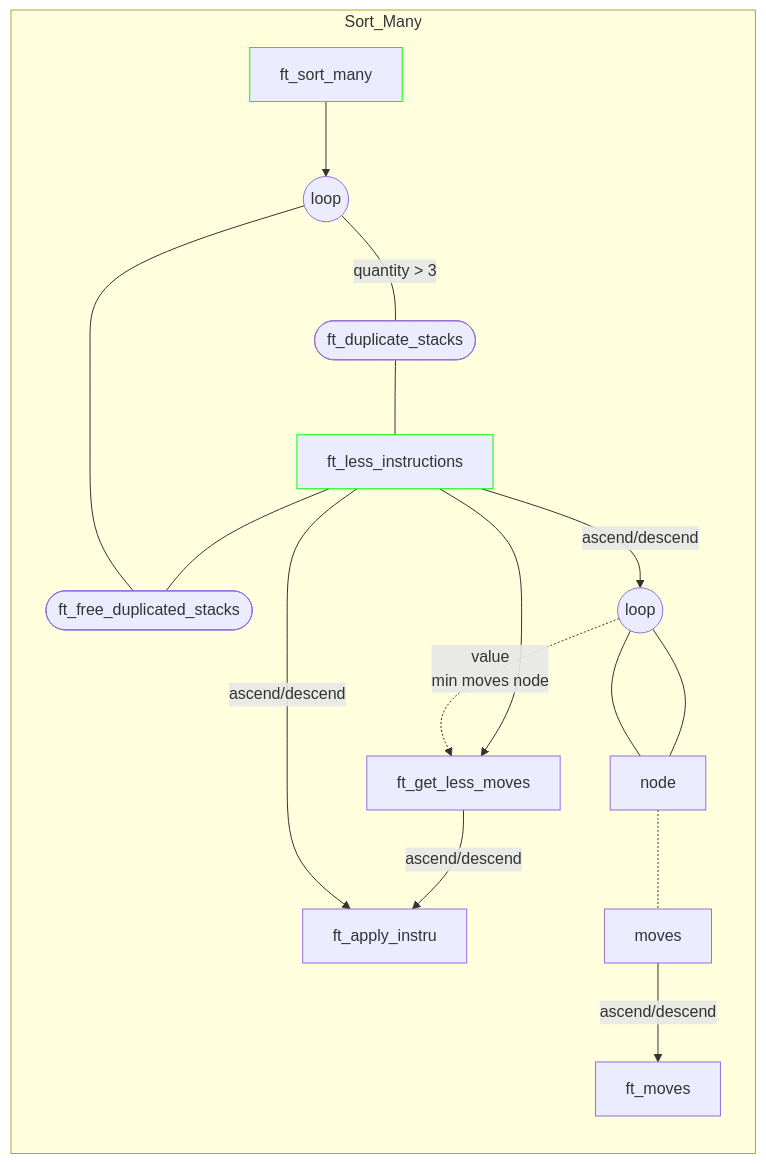
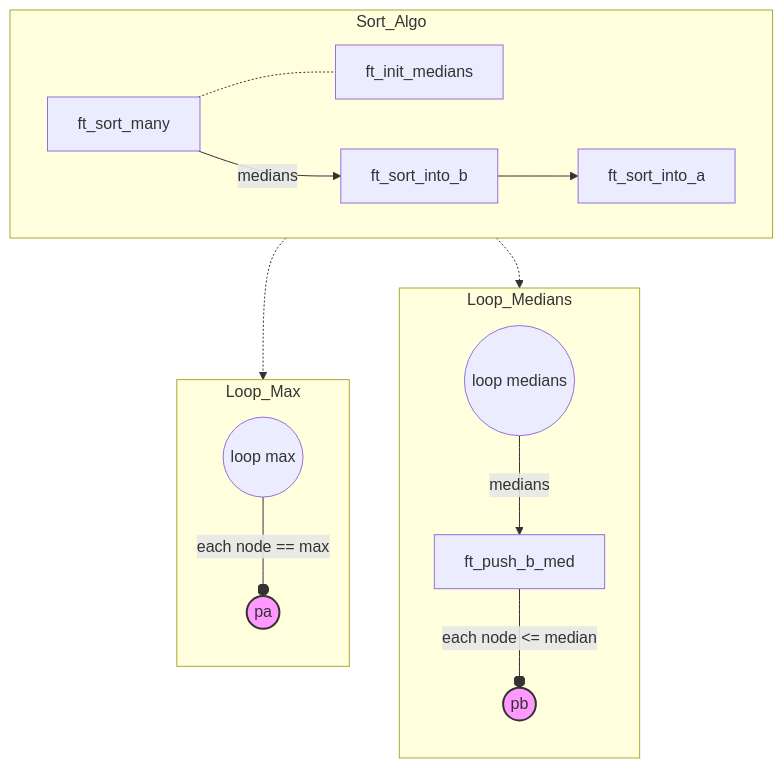
The second of 5 diagrams in Push_swap/README.md (Tablerase/42_Projects), drawn with Mermaid before and after one commit. The commit also changed other lines of this file and 1 other file, not shown here.

Commit message:
update to algo mermaid according to v1

````diff
--- a/Push_swap/README.md
+++ b/Push_swap/README.md
@@ -116,24 +114,22 @@
 ```mermaid
 flowchart
-  classDef neutral stroke:#0f0
-  subgraph Sort_Many
-  direction TB
-    ft_sort_many:::neutral
-    ft_sort_many --> l((loop))
-    l ---|quantity > 3| d([ft_duplicate_stacks])
-    d --- ft_less_instructions:::neutral
-    ft_less_instructions --- f([ft_free_duplicated_stacks])
-    f --- l
-
-    ft_less_instructions --> |ascend/descend|ll((loop))
-    ft_less_instructions --> ft_get_less_moves
-    ft_get_less_moves --> |ascend/descend|ft_apply_instru
-    ft_less_instructions --> |ascend/descend|ft_apply_instru
-  
-    ll --- node
-    node -.- moves:::data
-    moves --> |ascend/descend|ft_moves
-    node --- ll
-    ll -.->|value \n min moves node| ft_get_less_moves
+  classDef point fill:#f9f,stroke:#333,stroke-width:2px
+  subgraph Sort_Algo
+    direction LR
+    ft_sort_many
+    ft_sort_many -.- ft_init_medians
+    ft_sort_many --> |medians| ft_sort_into_b
+    ft_sort_into_b --> ft_sort_into_a
+  end
+  subgraph Loop_Medians
+    direction TB
+    ft_sort_into_b -.-> loop
+    loop((loop medians)) --> |medians| ft_push_b_med
+    ft_push_b_med --o |each node <= median| push_b_node((pb)):::point
+  end
+  subgraph Loop_Max
+    direction TB
+    ft_sort_into_a -.-> loop_into_a
+    loop_into_a((loop max)) --o |each node == max| push_a_node((pa)):::point
   end
 ```
````
